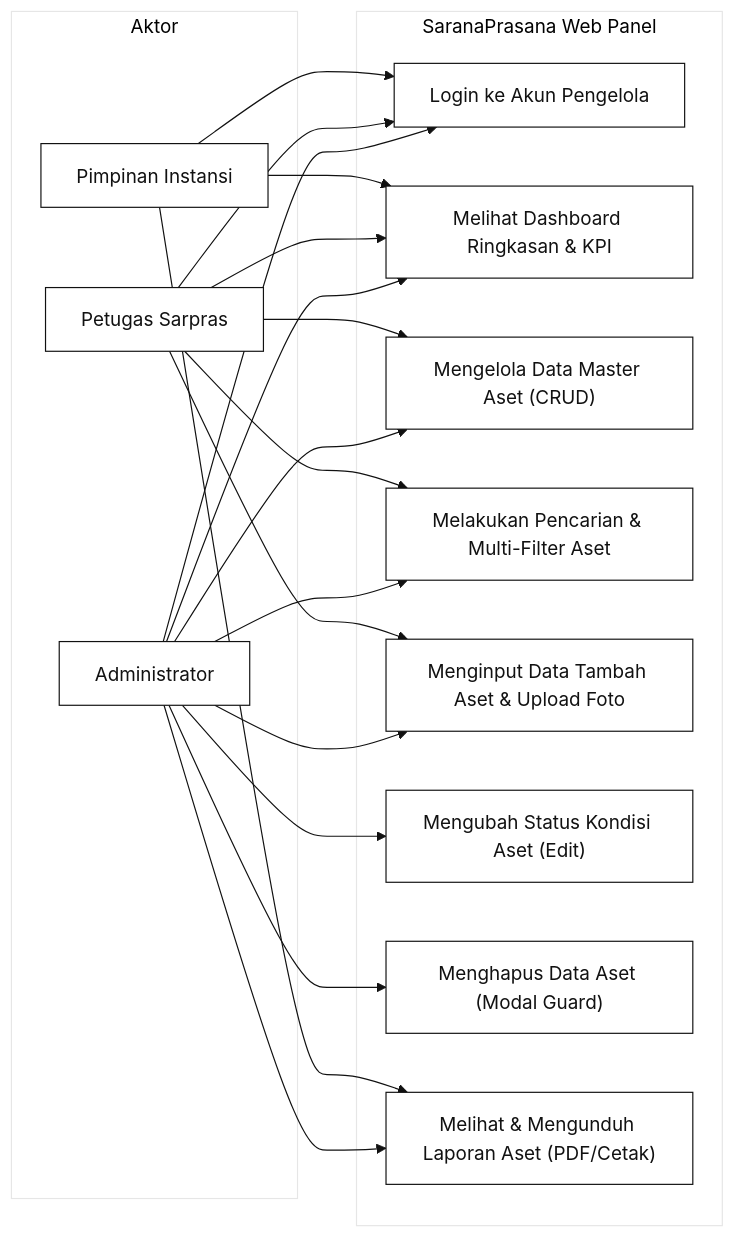
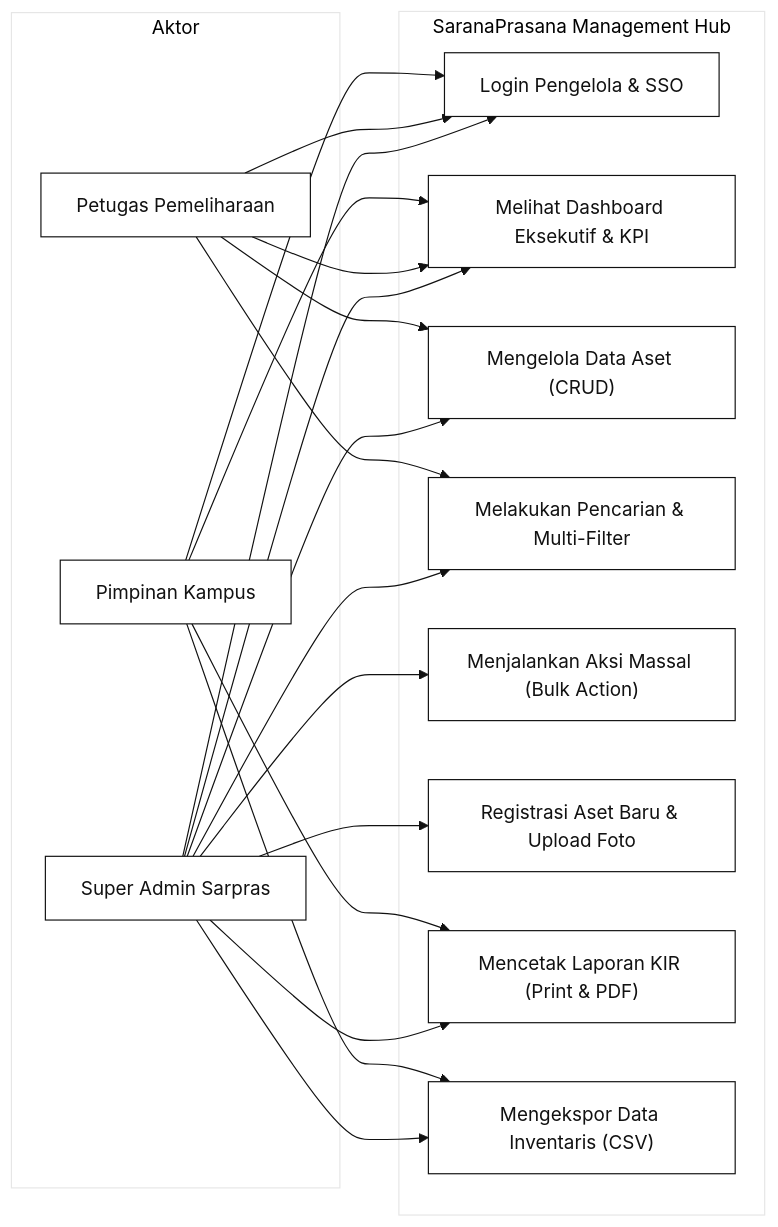
The fourth of 4 diagrams in docs/perancangan.md (HeinrichRaxwell/Sarpras), drawn with Mermaid before and after one commit. The commit also changed other lines of this file and 12 other files, not shown here.

````diff
--- a/docs/perancangan.md
+++ b/docs/perancangan.md
@@ -234,39 +242,39 @@
 ```mermaid
 %%{init: {'theme': 'base', 'themeVariables': { 'primaryColor': '#ffffff', 'primaryBorderColor': '#111111', 'primaryTextColor': '#111111', 'lineColor': '#111111', 'secondaryColor': '#ffffff', 'tertiaryColor': '#ffffff' }}}%%
 flowchart LR
     subgraph Aktor
-        Admin["Administrator"]
-        Petugas["Petugas Sarpras"]
-        Pimpinan["Pimpinan Instansi"]
+        Admin["Super Admin Sarpras"]
+        Teknisi["Petugas Pemeliharaan"]
+        Pimpinan["Pimpinan Kampus"]
     end
 
-    subgraph Sistem["SaranaPrasana Web Panel"]
-        UC1["Login ke Akun Pengelola"]
-        UC2["Melihat Dashboard Ringkasan & KPI"]
-        UC3["Mengelola Data Master Aset (CRUD)"]
-        UC4["Melakukan Pencarian & Multi-Filter Aset"]
-        UC5["Menginput Data Tambah Aset & Upload Foto"]
-        UC6["Mengubah Status Kondisi Aset (Edit)"]
-        UC7["Menghapus Data Aset (Modal Guard)"]
-        UC8["Melihat & Mengunduh Laporan Aset (PDF/Cetak)"]
+    subgraph Sistem["SaranaPrasana Management Hub"]
+        UC1["Login Pengelola & SSO"]
+        UC2["Melihat Dashboard Eksekutif & KPI"]
+        UC3["Mengelola Data Aset (CRUD)"]
+        UC4["Melakukan Pencarian & Multi-Filter"]
+        UC5["Menjalankan Aksi Massal (Bulk Action)"]
+        UC6["Registrasi Aset Baru & Upload Foto"]
+        UC7["Mencetak Laporan KIR (Print & PDF)"]
+        UC8["Mengekspor Data Inventaris (CSV)"]
     end
 
     Admin --> UC1
     Admin --> UC2
     Admin --> UC3
     Admin --> UC4
     Admin --> UC5
     Admin --> UC6
     Admin --> UC7
     Admin --> UC8
 
-    Petugas --> UC1
-    Petugas --> UC2
-    Petugas --> UC3
-    Petugas --> UC4
-    Petugas --> UC5
+    Teknisi --> UC1
+    Teknisi --> UC2
+    Teknisi --> UC3
+    Teknisi --> UC4
 
     Pimpinan --> UC1
     Pimpinan --> UC2
+    Pimpinan --> UC7
     Pimpinan --> UC8
 ```
````
